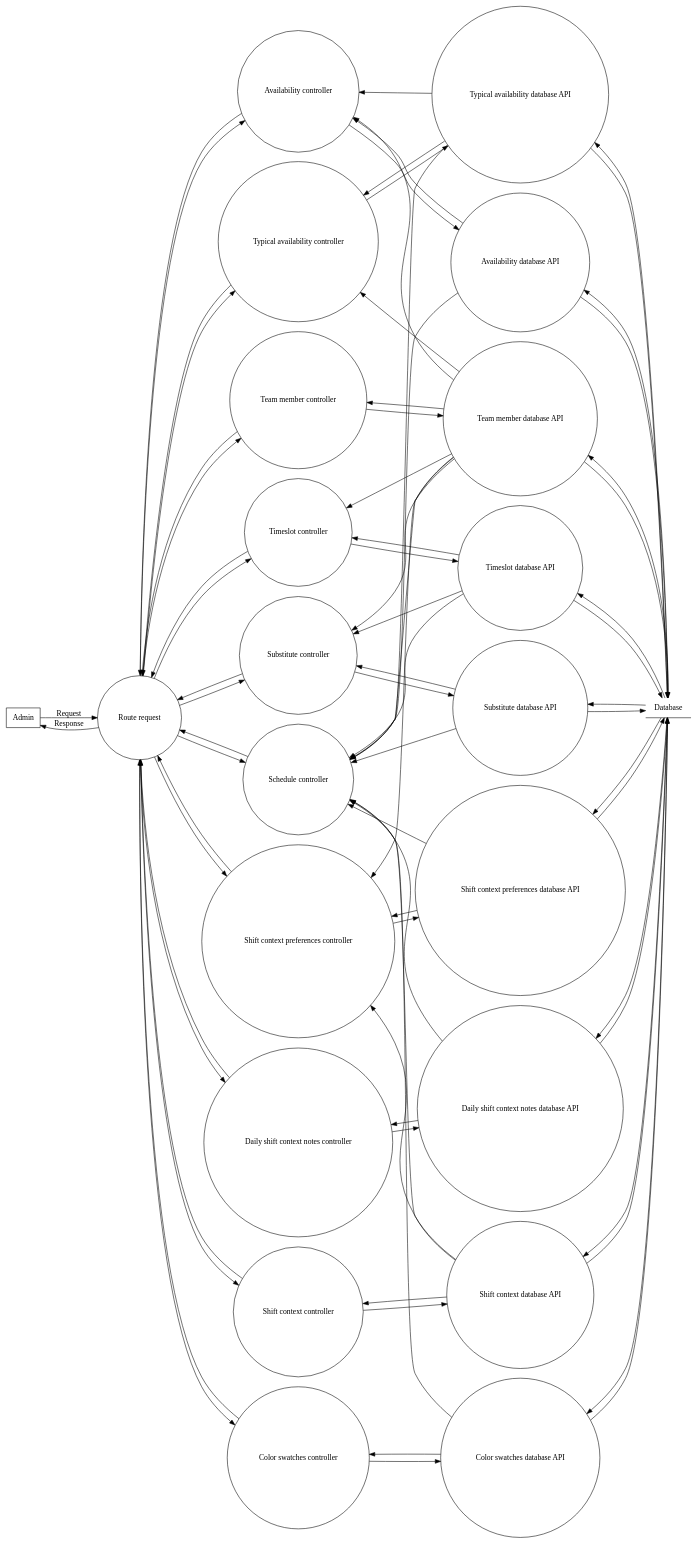
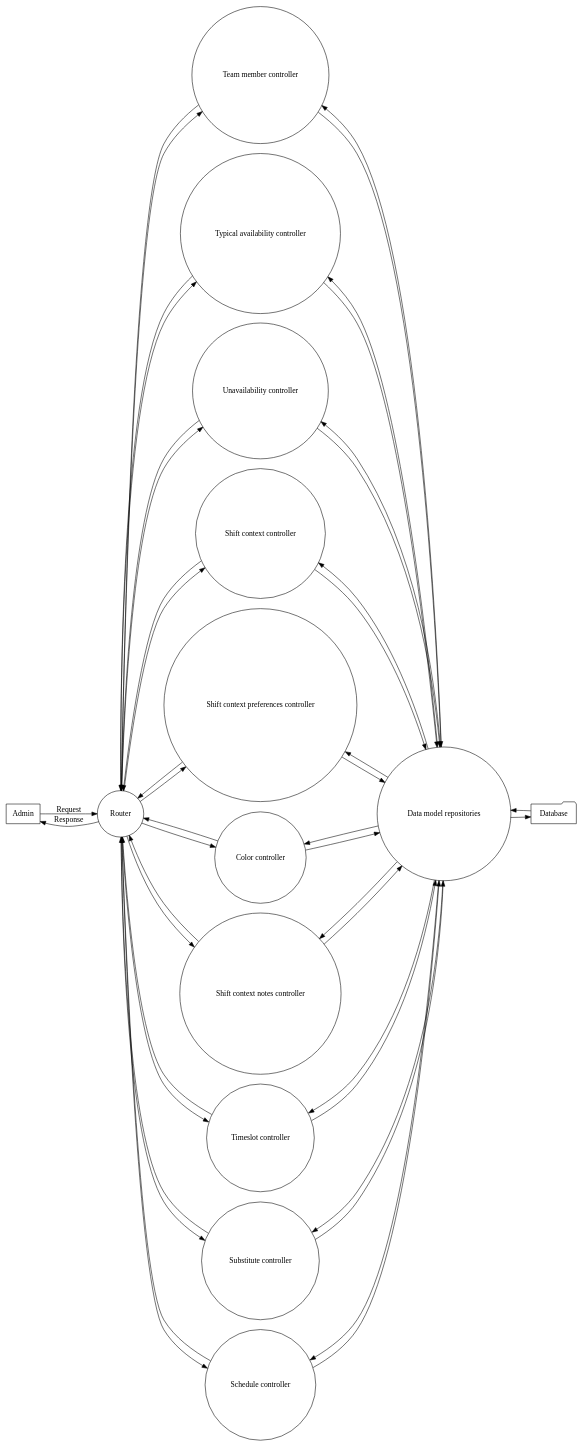
One commit to luke-hamann/stc-cis-248 changed the diagram in docs/data_flow_diagrams/level_2.dot. Above: the diagram before and after it, drawn with Graphviz.

```diff
--- a/docs/data_flow_diagrams/level_2.dot
+++ b/docs/data_flow_diagrams/level_2.dot
@@ -1,131 +1,54 @@
 digraph data_flow_diagram {
     rankdir = "LR"
     node [ shape = circle ]
     
     Admin [ shape = box ]
     
-    Admin -> "Route request" [ label = "Request" ]
-    "Route request" -> Admin [ label = "Response" ]
+    Admin -> "Router" [ label = "Request" ]
+    "Router" -> Admin [ label = "Response" ]
 
     subgraph controllers {
         rank = "same"
         
         "Team member controller"
         "Typical availability controller"
-        "Availability controller"
+        "Unavailability controller"
         "Shift context controller"
         "Shift context preferences controller"
-        "Color swatches controller"
-        "Daily shift context notes controller"
+        "Color controller"
+        "Shift context notes controller"
         "Timeslot controller"
         "Substitute controller"
         "Schedule controller"
     }
     
-    "Route request" -> {
+    "Router" -> {
         "Team member controller"
         "Typical availability controller"
-        "Availability controller"
+        "Unavailability controller"
         "Shift context controller"
         "Shift context preferences controller"
-        "Color swatches controller"
-        "Daily shift context notes controller"
+        "Color controller"
+        "Shift context notes controller"
         "Timeslot controller"
         "Substitute controller"
         "Schedule controller"
-    } -> "Route request"
+    } -> "Router"
     
-    /* Database APIs */
+    "Data model repositories" -> {
+        "Team member controller"
+        "Typical availability controller"
+        "Unavailability controller"
+        "Shift context controller"
+        "Shift context preferences controller"
+        "Color controller"
+        "Shift context notes controller"
+        "Timeslot controller"
+        "Substitute controller"
+        "Schedule controller"
+    } -> "Data model repositories"
     
-    subgraph database_api {
-        rank = "same"
-        
-        "Team member database API"
-        "Typical availability database API"
-        "Availability database API"
-        "Shift context database API"
-        "Shift context preferences database API"
-        "Color swatches database API"
-        "Daily shift context notes database API"
-        "Timeslot database API"
-        "Substitute database API"
-    }
+    Database [ shape = folder ]
     
-    /* Base database connections */
-    
-    "Team member controller" ->
-        "Team member database API" ->
-        "Team member controller"
-    
-    "Typical availability controller" ->
-        "Typical availability database API" ->
-        "Typical availability controller"
-    
-    "Availability controller" ->
-        "Availability database API" ->
-        "Availability controller"
-    
-    "Shift context controller" ->
-        "Shift context database API" ->
-        "Shift context controller"
-    
-    "Shift context preferences controller" ->
-        "Shift context preferences database API" ->
-        "Shift context preferences controller"
-    
-    "Color swatches controller" ->
-        "Color swatches database API" ->
-        "Color swatches controller"
-    
-    "Daily shift context notes controller" ->
-        "Daily shift context notes database API" ->
-        "Daily shift context notes controller"
-    
-    "Timeslot controller" ->
-        "Timeslot database API" ->
-        "Timeslot controller"
-    
-    "Substitute controller" ->
-        "Substitute database API" ->
-        "Substitute controller"
-    
-    /* Additional database connections */
-    
-    "Team member database API" -> "Availability controller"
-    "Team member database API" -> "Typical availability controller"
-    "Team member database API" -> "Shift context preferences controller"
-    "Team member database API" -> "Substitute controller"
-    "Team member database API" -> "Timeslot controller"
-    "Typical availability database API" -> "Availability controller"
-    "Shift context database API" -> "Shift context preferences controller"
-    
-    "Timeslot database API" -> "Substitute controller"
-    
-    {
-        "Team member database API"
-        "Typical availability database API"
-        "Availability database API"
-        "Shift context database API"
-        "Shift context preferences database API"
-        "Color swatches database API"
-        "Daily shift context notes database API"
-        "Timeslot database API"
-        "Substitute database API"
-    } -> "Schedule controller"
-    
-    /* Database */
-    
-    Database [ shape = underline ]
-    
-    Database -> {
-        "Team member database API"
-        "Typical availability database API"
-        "Availability database API"
-        "Shift context database API"
-        "Shift context preferences database API"
-        "Color swatches database API"
-        "Daily shift context notes database API"
-        "Timeslot database API"
-        "Substitute database API"
-    } -> Database
+    Database -> "Data model repositories" -> Database
 }
```
